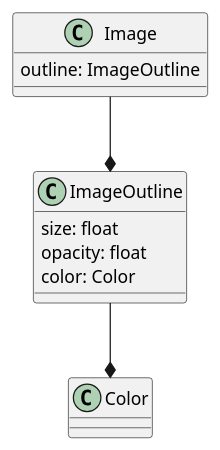
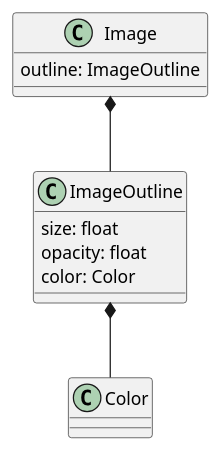
One commit to opengeospatial/styles-and-symbology changed the third of 3 diagrams in core/sections/clause_10_labeling.adoc. Above: the diagram before and after it, drawn with PlantUML. The commit also changed other lines of this file and 10 other files, not shown here.

```diff
--- a/core/sections/clause_10_labeling.adoc
+++ b/core/sections/clause_10_labeling.adoc
@@ -103,10 +103,10 @@
 [plantuml, target=diagram-classes, format=png]
 ....
-Image --* ImageOutline
+Image *-- ImageOutline
 Image : outline: ImageOutline
 
 ImageOutline : size: float
 ImageOutline : opacity: float
 ImageOutline : color: Color
-ImageOutline --* Color
+ImageOutline *-- Color
 ....
```
